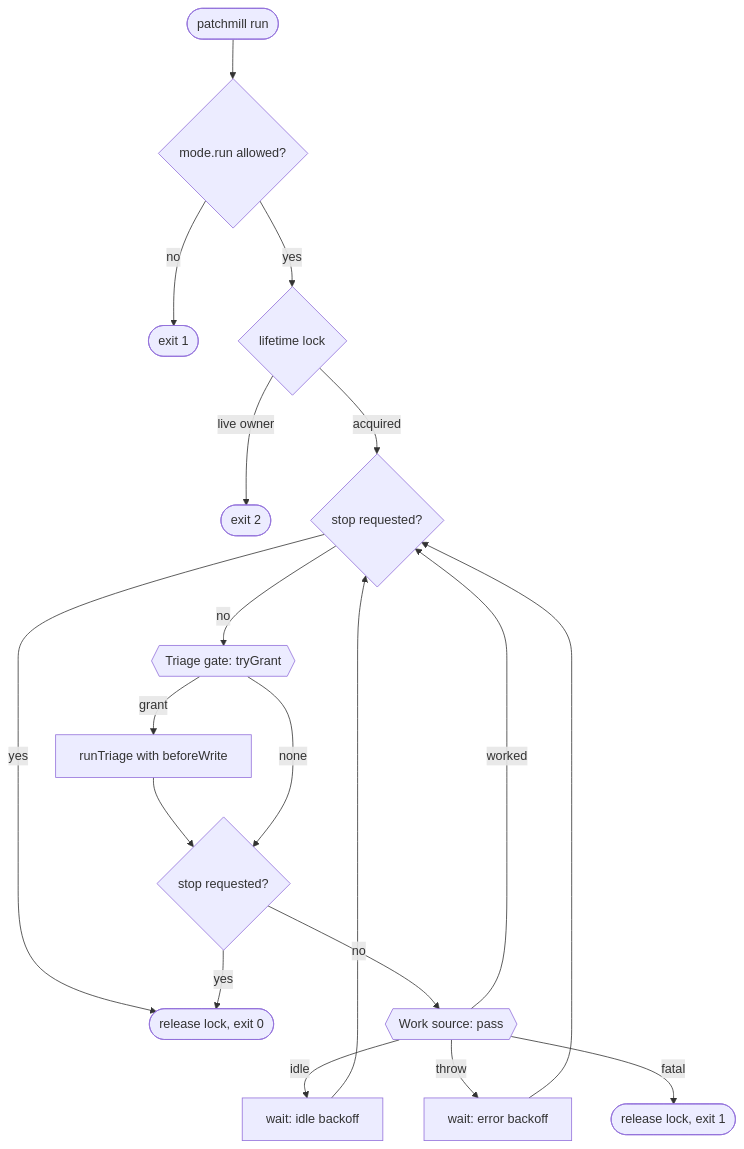
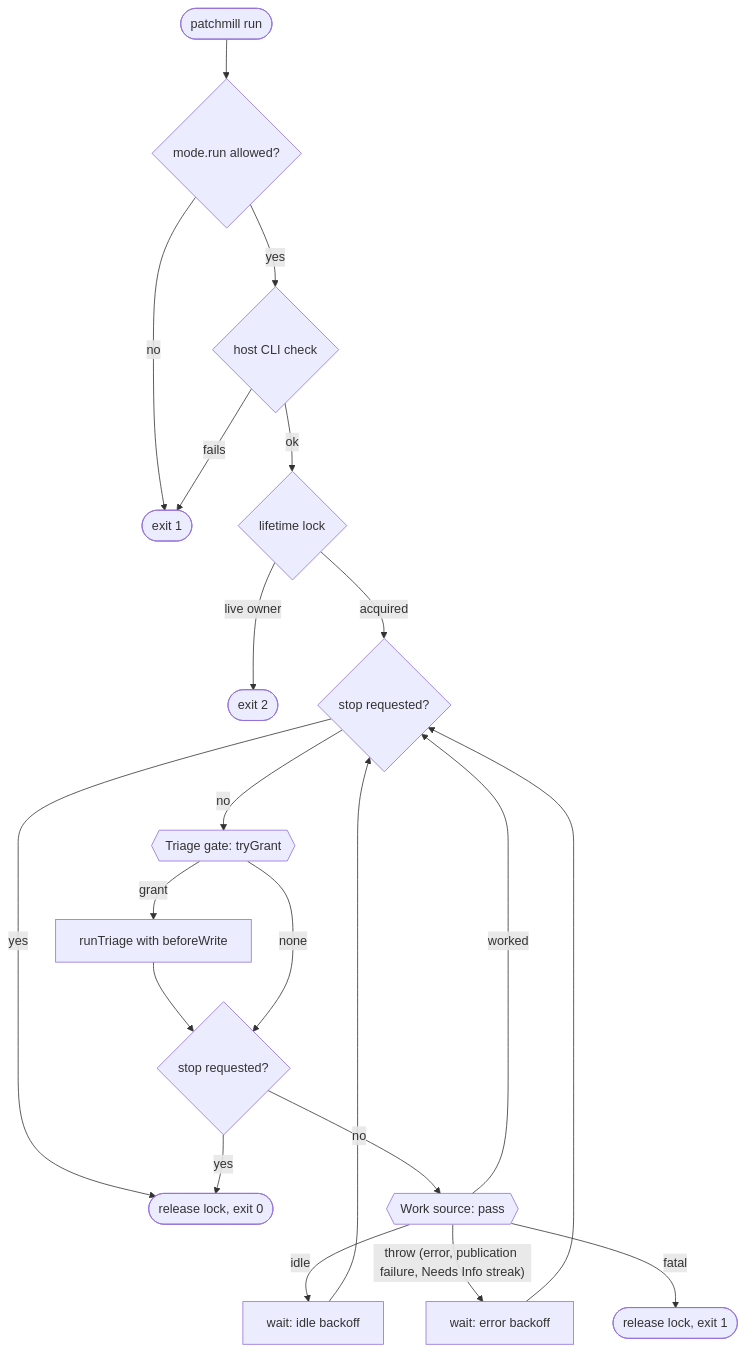
The diagram in docs/specs/2026-11-21-issue-398-add-a-local-patchmill-run-loop-for-one-runner-pe-design.md (rochecompaan/patchmill), drawn with Mermaid before and after one commit. The commit also changed other lines of this file and 1 other file, not shown here.

````diff
--- a/docs/specs/2026-11-21-issue-398-add-a-local-patchmill-run-loop-for-one-runner-pe-design.md
+++ b/docs/specs/2026-11-21-issue-398-add-a-local-patchmill-run-loop-for-one-runner-pe-design.md
@@ -441,18 +509,20 @@
 ```mermaid
 flowchart TD
   start([patchmill run]) --> mode{mode.run allowed?}
   mode -- no --> exit1([exit 1])
-  mode -- yes --> lock{lifetime lock}
+    mode -- yes --> hostcheck{host CLI check}
+  hostcheck -- fails --> exit1
+  hostcheck -- ok --> lock{lifetime lock}
   lock -- live owner --> exit2([exit 2])
   lock -- acquired --> stop1{stop requested?}
   stop1 -- yes --> exit0([release lock, exit 0])
   stop1 -- no --> gate{{Triage gate: tryGrant}}
   gate -- grant --> triage[runTriage with beforeWrite] --> stop2
   gate -- none --> stop2{stop requested?}
   stop2 -- yes --> exit0
   stop2 -- no --> pass{{Work source: pass}}
   pass -- worked --> stop1
   pass -- idle --> idleWait[wait: idle backoff] --> stop1
-  pass -- throw --> errWait[wait: error backoff] --> stop1
+    pass -- "throw (error, publication failure, Needs Info streak)" --> errWait[wait: error backoff] --> stop1
   pass -- fatal --> exitF([release lock, exit 1])
 ```
````
